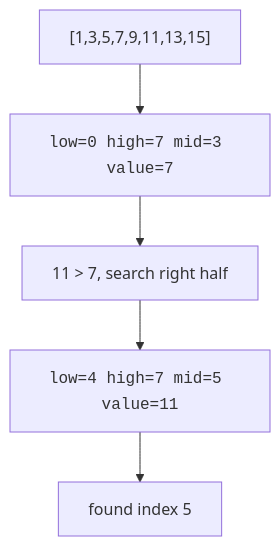
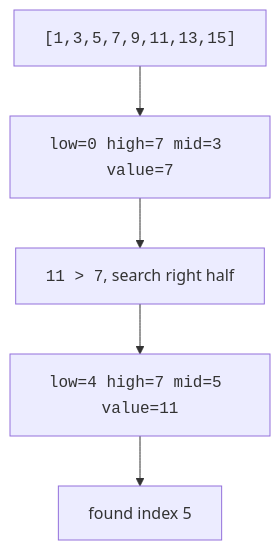
The diagram in content/learn/mastering-dsa-cpp/searching.mdx (dataslope/dataslope), drawn with Mermaid before and after one commit. The commit also changed 56 other files, not shown here.

````diff
--- a/content/learn/mastering-dsa-cpp/searching.mdx
+++ b/content/learn/mastering-dsa-cpp/searching.mdx
@@ -38,7 +38,7 @@
 ```mermaid
 flowchart TD
-    A["[1,3,5,7,9,11,13,15]"] --> B["<code>low=0 high=7 mid=3 value=7</code>"]
-    B --> C["11 > 7, search right half"]
+    A["<code>[1,3,5,7,9,11,13,15]</code>"] --> B["<code>low=0 high=7 mid=3 value=7</code>"]
+    B --> C["<code>11 &gt; 7</code>, search right half"]
     C --> D["<code>low=4 high=7 mid=5 value=11</code>"]
     D --> E["found index 5"]
 ```
````
